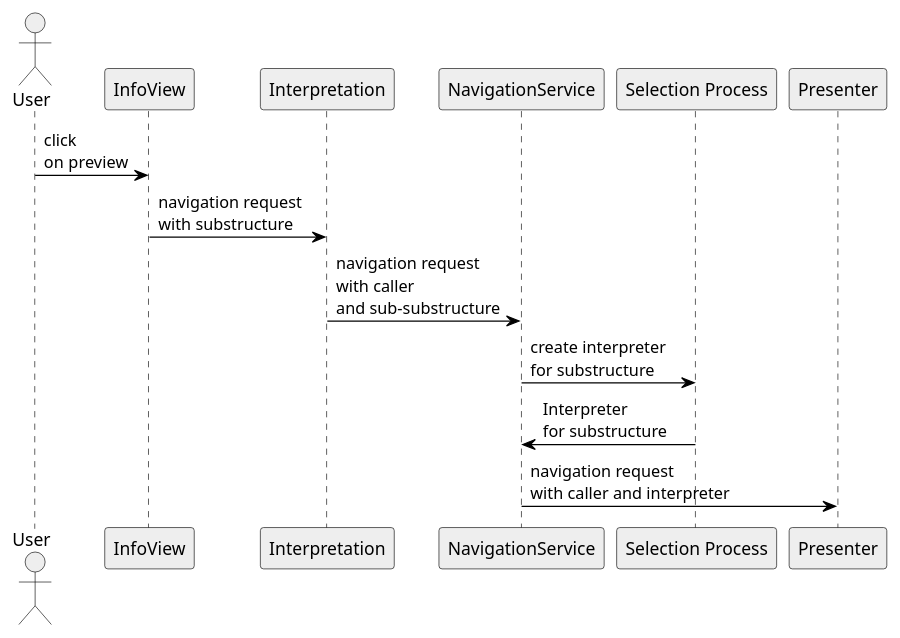
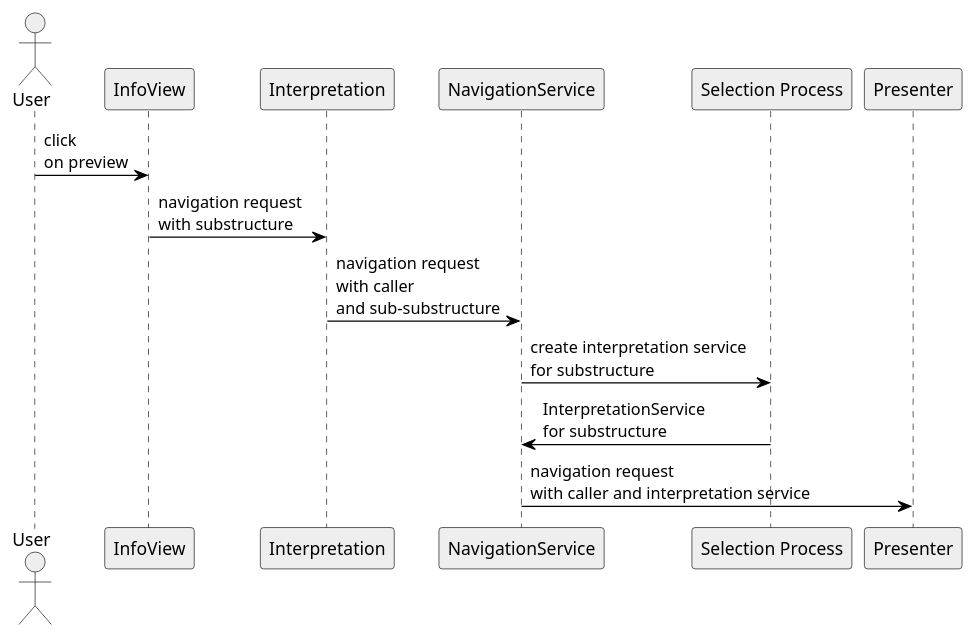
Before and after one commit to blackfennec-org/blackfennec: the diagram in docs/source/documentation/interaction/navigation.rst, drawn with PlantUML. The commit also changed other lines of this file and 17 other files, not shown here.

Commit message:
Rename interpreter to interpretation service

```diff
--- a/docs/source/documentation/interaction/navigation.rst
+++ b/docs/source/documentation/interaction/navigation.rst
@@ -5,21 +5,21 @@
 .. uml::
     
     @startuml
     skinparam sequence {
         ParticipantBorderColor Black
         ParticipantBackgroundColor #EEE
         ParticipantBorderColor Black
         ArrowColor Black
         ActorBorderColor Black
         ActorBackgroundColor #EEE
         LifeLineBorderColor Black
     }
 
     actor User
     User -> InfoView                    : click \non preview
     InfoView -> Interpretation          : navigation request \nwith substructure
     Interpretation -> NavigationService : navigation request \nwith caller \nand sub-substructure
-    NavigationService -> "Selection Process" : create interpreter \nfor substructure
-    "Selection Process" -> NavigationService : Interpreter \nfor substructure
-    NavigationService -> Presenter         : navigation request \nwith caller and interpreter
+    NavigationService -> "Selection Process" : create interpretation service \nfor substructure
+    "Selection Process" -> NavigationService : InterpretationService \nfor substructure
+    NavigationService -> Presenter         : navigation request \nwith caller and interpretation service
     @enduml
```
